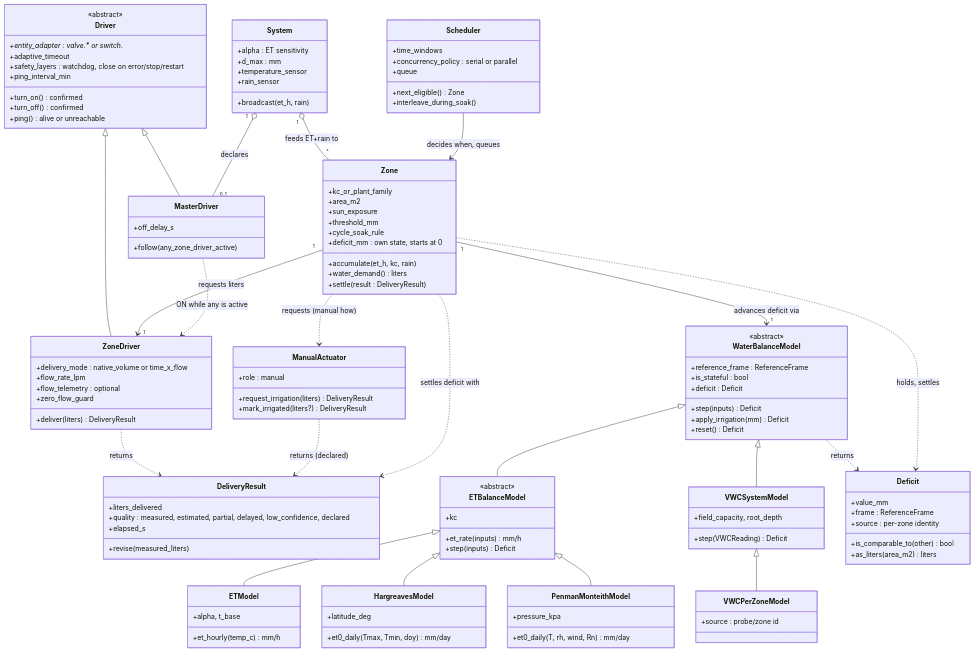
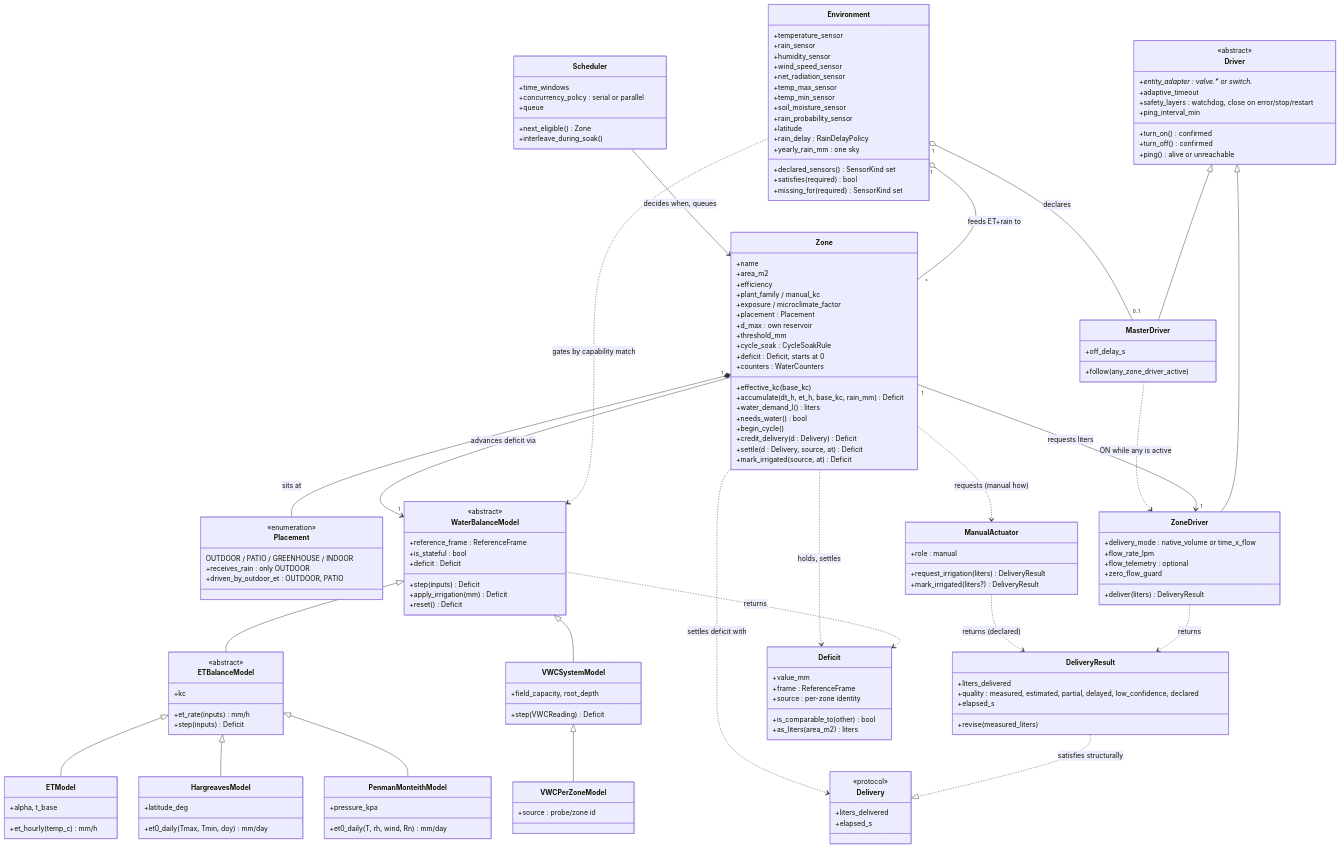
The diagram in docs/design_domain_object_model.md (MetheLittle/NeverDry), drawn with Mermaid before and after one commit. The commit also changed other lines of this file, not shown here.

First line of the commit message:
docs(domain-model): mirror the model against the classes now written

````diff
--- a/docs/design_domain_object_model.md
+++ b/docs/design_domain_object_model.md
@@ -102,24 +102,57 @@
 classDiagram
     direction TB
 
-    class System {
-        +alpha : ET sensitivity
-        +d_max : mm
+    class Environment {
         +temperature_sensor
         +rain_sensor
-        +broadcast(et_h, rain)
+        +humidity_sensor
+        +wind_speed_sensor
+        +net_radiation_sensor
+        +temp_max_sensor
+        +temp_min_sensor
+        +soil_moisture_sensor
+        +rain_probability_sensor
+        +latitude
+        +rain_delay : RainDelayPolicy
+        +yearly_rain_mm : one sky
+        +declared_sensors() SensorKind set
+        +satisfies(required) bool
+        +missing_for(required) SensorKind set
     }
 
     class Zone {
-        +kc_or_plant_family
+        +name
         +area_m2
-        +sun_exposure
+        +efficiency
+        +plant_family / manual_kc
+        +exposure / microclimate_factor
+        +placement : Placement
+        +d_max : own reservoir
         +threshold_mm
-        +cycle_soak_rule
-        +deficit_mm : own state, starts at 0
-        +accumulate(et_h, kc, rain)
-        +water_demand() liters
-        +settle(result : DeliveryResult)
+        +cycle_soak : CycleSoakRule
+        +deficit : Deficit, starts at 0
+        +counters : WaterCounters
+        +effective_kc(base_kc)
+        +accumulate(dt_h, et_h, base_kc, rain_mm) Deficit
+        +water_demand_l() liters
+        +needs_water() bool
+        +begin_cycle()
+        +credit_delivery(d : Delivery) Deficit
+        +settle(d : Delivery, source, at) Deficit
+        +mark_irrigated(source, at) Deficit
+    }
+
+    class Placement {
+        <<enumeration>>
+        OUTDOOR / PATIO / GREENHOUSE / INDOOR
+        +receives_rain : only OUTDOOR
+        +driven_by_outdoor_et : OUTDOOR, PATIO
+    }
+
+    class Delivery {
+        <<protocol>>
+        +liters_delivered
+        +elapsed_s
     }
 
     class Scheduler {
@@ -224,16 +257,19 @@
     ETBalanceModel <|-- PenmanMonteithModel
     WaterBalanceModel <|-- VWCSystemModel
     VWCSystemModel <|-- VWCPerZoneModel
-    System "1" o-- "*" Zone : feeds ET+rain to
-    System "1" o-- "0..1" MasterDriver : declares
+    Environment "1" o-- "*" Zone : feeds ET+rain to
+    Environment "1" o-- "0..1" MasterDriver : declares
+    Environment ..> WaterBalanceModel : gates by capability match
     Zone "1" --> "1" WaterBalanceModel : advances deficit via
     WaterBalanceModel ..> Deficit : returns
     Zone ..> Deficit : holds, settles
+    Zone *-- Placement : sits at
     Zone "1" --> "1" ZoneDriver : requests liters
     ZoneDriver ..> DeliveryResult : returns
     Zone ..> ManualActuator : requests (manual how)
     ManualActuator ..> DeliveryResult : returns (declared)
-    Zone ..> DeliveryResult : settles deficit with
+    DeliveryResult ..|> Delivery : satisfies structurally
+    Zone ..> Delivery : settles deficit with
     Scheduler --> Zone : decides when, queues
     MasterDriver ..> ZoneDriver : ON while any is active
 ```
````
